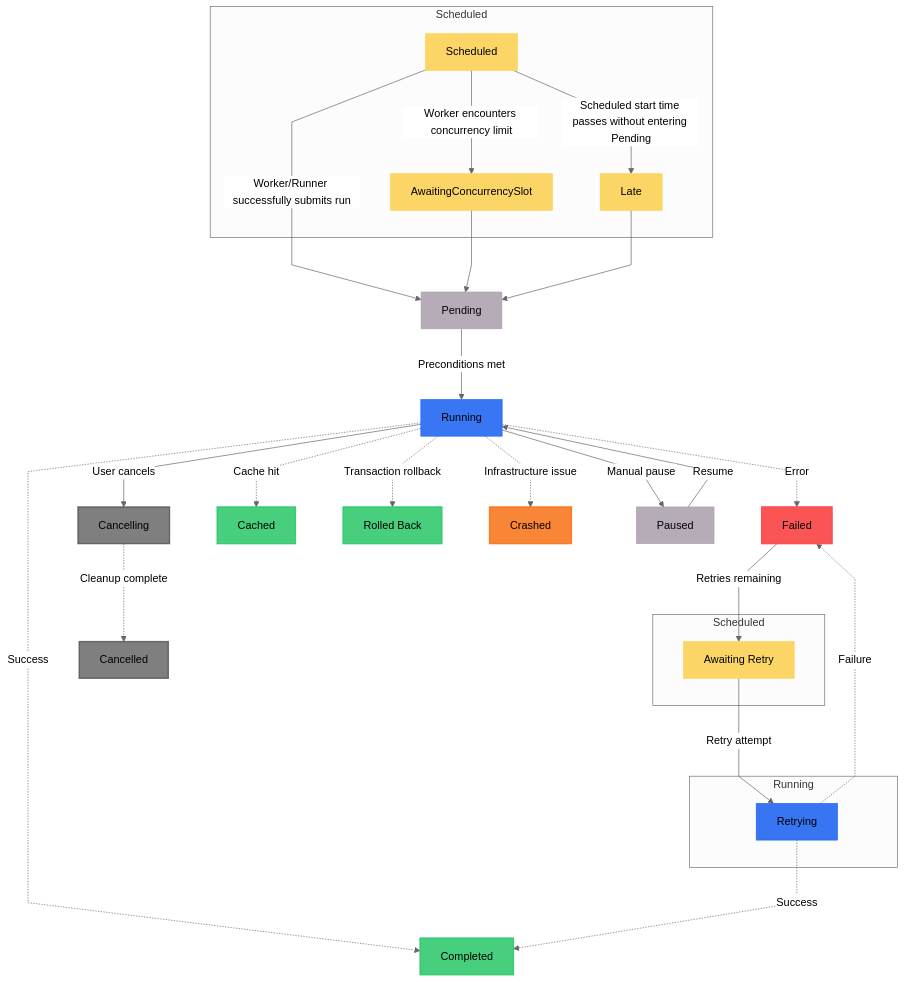
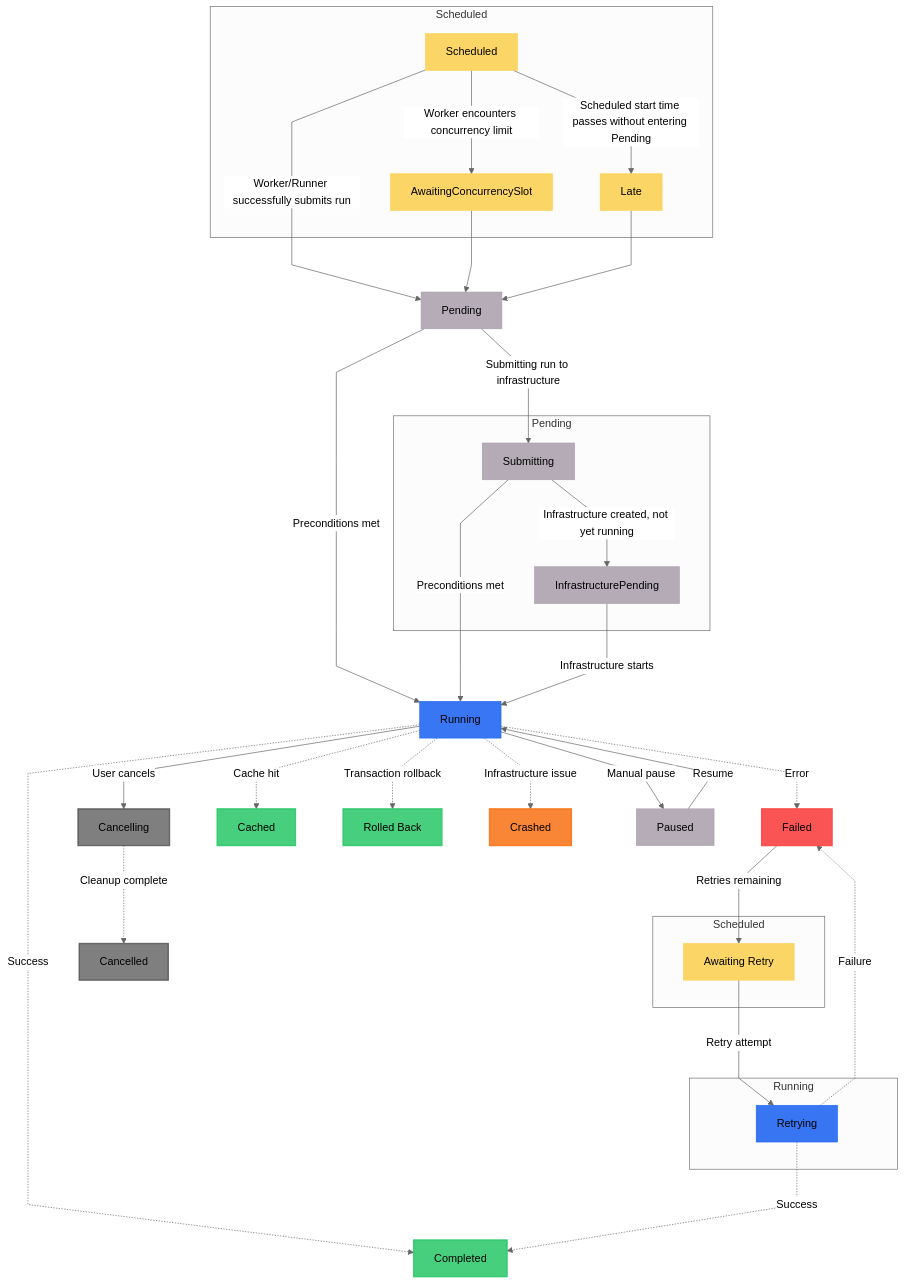
The diagram in docs/v3/concepts/states.mdx (PrefectHQ/prefect), drawn with Mermaid before and after one commit. The commit also changed other lines of this file, not shown here.

Commit message:
docs: document Submitting and InfrastructurePending states

```diff
--- a/docs/v3/concepts/states.mdx
+++ b/docs/v3/concepts/states.mdx
@@ -129,6 +133,11 @@
     Retrying[Retrying]:::running
     end
 
+    subgraph pending_type[Pending]
+    Submitting[Submitting]:::pending
+    InfrastructurePending[InfrastructurePending]:::pending
+    end
+
     Pending[Pending]:::pending
 
 
@@ -147,13 +156,17 @@
     %% Connections
     Scheduled --> |Scheduled start time passes without entering Pending| Late
     Scheduled --> |Worker/Runner successfully submits run| Pending
+    Pending --> |Submitting run to infrastructure| Submitting
+    Submitting --> |Infrastructure created, not yet running| InfrastructurePending
     Scheduled --> |Worker encounters concurrency limit| AwaitingConcurrencySlot
 
     AwaitingConcurrencySlot --> Pending
     
     Late -->  Pending
 
-    Pending --> |Preconditions met| Running    
+    Pending --> |Preconditions met| Running
+    Submitting --> |Preconditions met| Running
+    InfrastructurePending --> |Infrastructure starts| Running
 
 
     Running -.-> |Success| Completed
```
